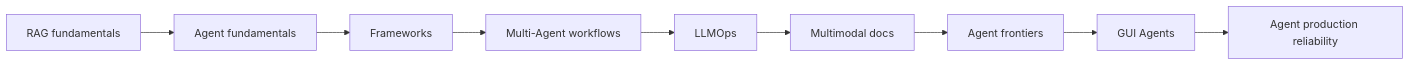
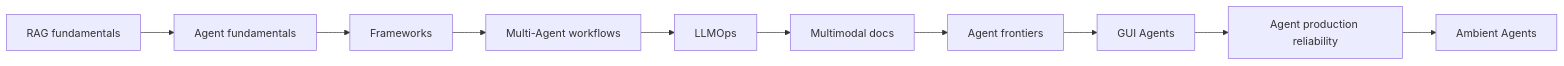
One commit to kobejiasuoer/awesome-agent-engineering changed the diagram in README.en.md. Above: the diagram before and after it, drawn with Mermaid. The commit also changed other lines of this file and 8 other files, not shown here.

````diff
--- a/README.en.md
+++ b/README.en.md
@@ -68,5 +68,5 @@
 ```mermaid
 flowchart LR
     A["RAG fundamentals"] --> B["Agent fundamentals"] --> C["Frameworks"] --> D["Multi-Agent workflows"]
-    D --> E["LLMOps"] --> F["Multimodal docs"] --> G["Agent frontiers"] --> H["GUI Agents"] --> I["Agent production reliability"]
+    D --> E["LLMOps"] --> F["Multimodal docs"] --> G["Agent frontiers"] --> H["GUI Agents"] --> I["Agent production reliability"] --> J["Ambient Agents"]
 ```
````
